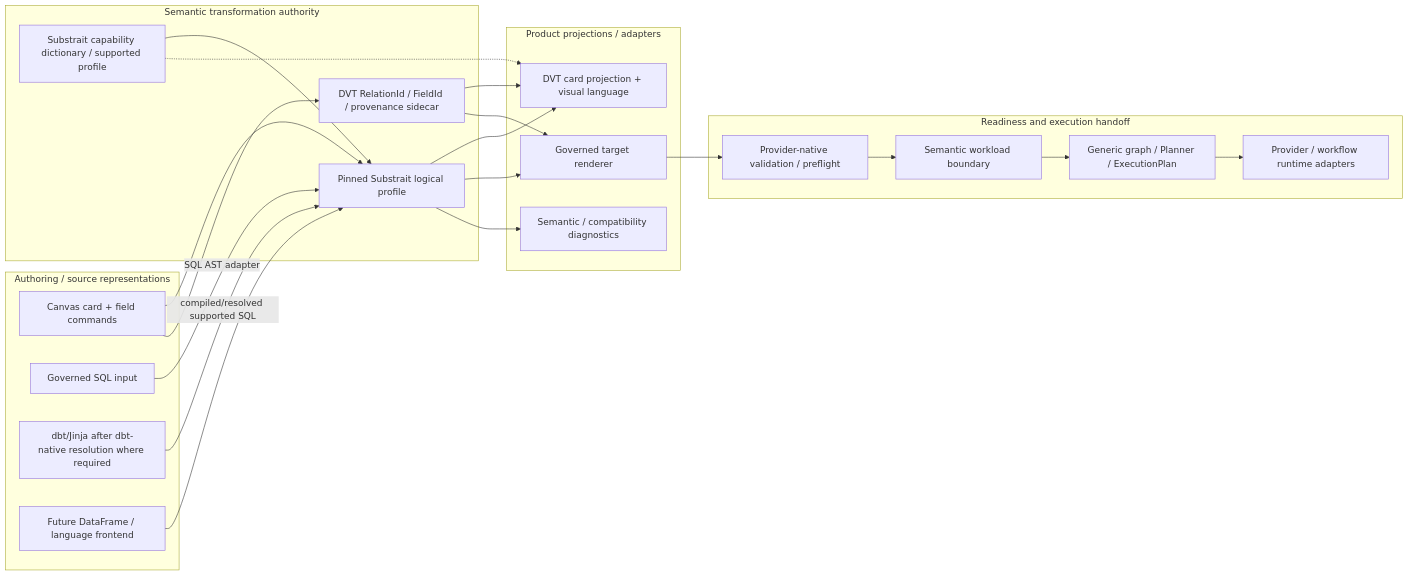
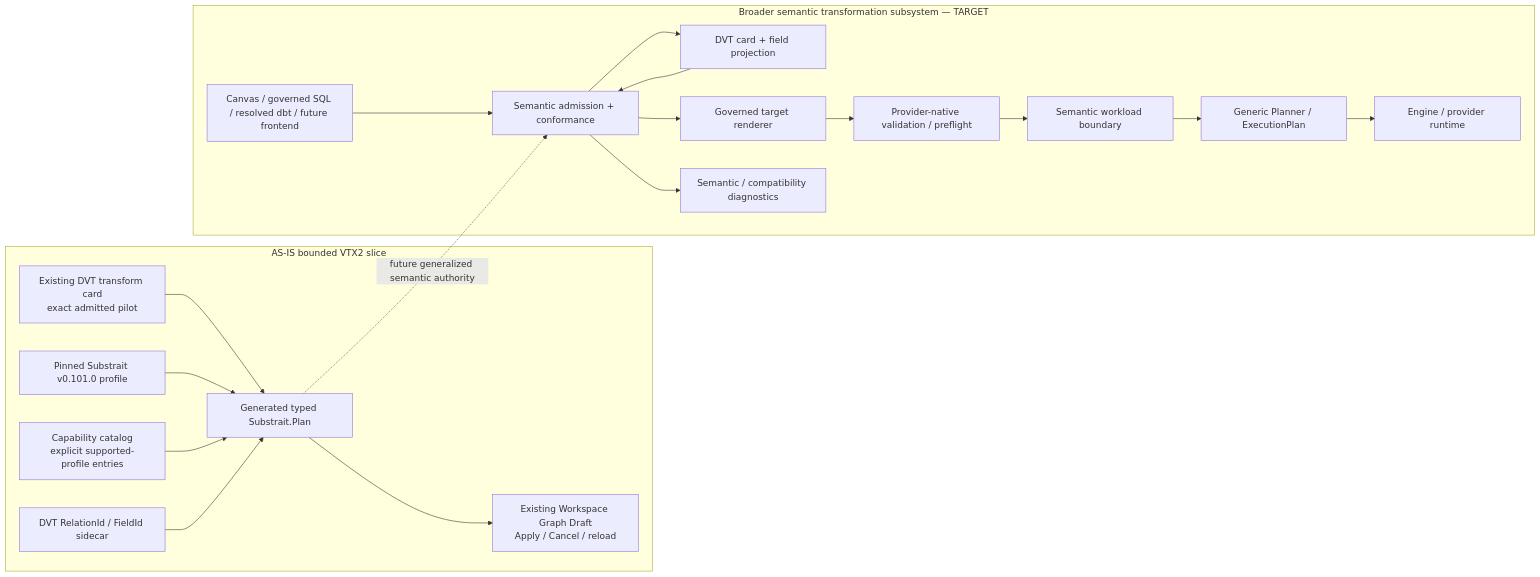
Before and after one commit to dunay2/dvt: the diagram in docs/architecture/system/subsystems/semantic-transformation/index.md, drawn with Mermaid. The commit also changed other lines of this file and 2 other files, not shown here.

Commit message:
docs(architecture): Reconcile current architecture with source and VTX2 pilot (#2687)

````diff
--- a/docs/architecture/system/subsystems/semantic-transformation/index.md
+++ b/docs/architecture/system/subsystems/semantic-transformation/index.md
@@ -24,47 +45,41 @@
 ```mermaid
 flowchart LR
-  subgraph Sources["Authoring / source representations"]
-    Canvas["Canvas card + field commands"]
-    SQL["Governed SQL input"]
-    DBT["dbt/Jinja after dbt-native resolution where required"]
-    Future["Future DataFrame / language frontend"]
+  subgraph Current["AS-IS bounded VTX2 slice"]
+    CanvasPilot["Existing DVT transform card\nexact admitted pilot"]
+    Profile["Pinned Substrait v0.101.0 profile"]
+    TypedPlan["Generated typed Substrait.Plan"]
+    Bindings["DVT RelationId / FieldId sidecar"]
+    Catalog["Capability catalog\nexplicit supported-profile entries"]
+    Draft["Existing Workspace Graph Draft\nApply / Cancel / reload"]
+
+    CanvasPilot --> TypedPlan
+    Profile --> TypedPlan
+    Catalog --> TypedPlan
+    Bindings --> TypedPlan
+    TypedPlan --> Draft
   end
 
-  subgraph Semantic["Semantic transformation authority"]
-    Profile["Pinned Substrait logical profile"]
-    Bindings["DVT RelationId / FieldId / provenance sidecar"]
-    Catalog["Substrait capability dictionary / supported profile"]
+  subgraph Target["Broader semantic transformation subsystem — TARGET"]
+    Inputs["Canvas / governed SQL / resolved dbt / future frontend"]
+    Admission["Semantic admission + conformance"]
+    Projection["DVT card + field projection"]
+    Renderer["Governed target renderer"]
+    Diagnostics["Semantic / compatibility diagnostics"]
+    Provider["Provider-native validation / preflight"]
+    Workload["Semantic workload boundary"]
+    Planner["Generic Planner / ExecutionPlan"]
+    Runtime["Engine / provider runtime"]
+
+    Inputs --> Admission
+    Admission --> Projection
+    Projection --> Admission
+    Admission --> Renderer
+    Admission --> Diagnostics
+    Renderer --> Provider
+    Provider --> Workload
+    Workload --> Planner
+    Planner --> Runtime
   end
 
-  subgraph Projection["Product projections / adapters"]
-    Card["DVT card projection + visual language"]
-    Renderer["Governed target renderer"]
-    Diagnostics["Semantic / compatibility diagnostics"]
-  end
-
-  subgraph Readiness["Readiness and execution handoff"]
-    Provider["Provider-native validation / preflight"]
-    Workload["Semantic workload boundary"]
-    Planner["Generic graph / Planner / ExecutionPlan"]
-    Runtime["Provider / workflow runtime adapters"]
-  end
-
-  Canvas --> Profile
-  Canvas --> Bindings
-  SQL -->|"SQL AST adapter"| Profile
-  DBT -->|"compiled/resolved supported SQL"| Profile
-  Future --> Profile
-
-  Catalog --> Profile
-  Catalog -.-> Card
-  Profile --> Card
-  Bindings --> Card
-  Profile --> Renderer
-  Bindings --> Renderer
-  Profile --> Diagnostics
-
-  Renderer --> Provider
-  Provider --> Workload
-  Workload --> Planner
-  Planner --> Runtime
+  TypedPlan -.->|"future generalized semantic authority"| Admission
 ```
````
